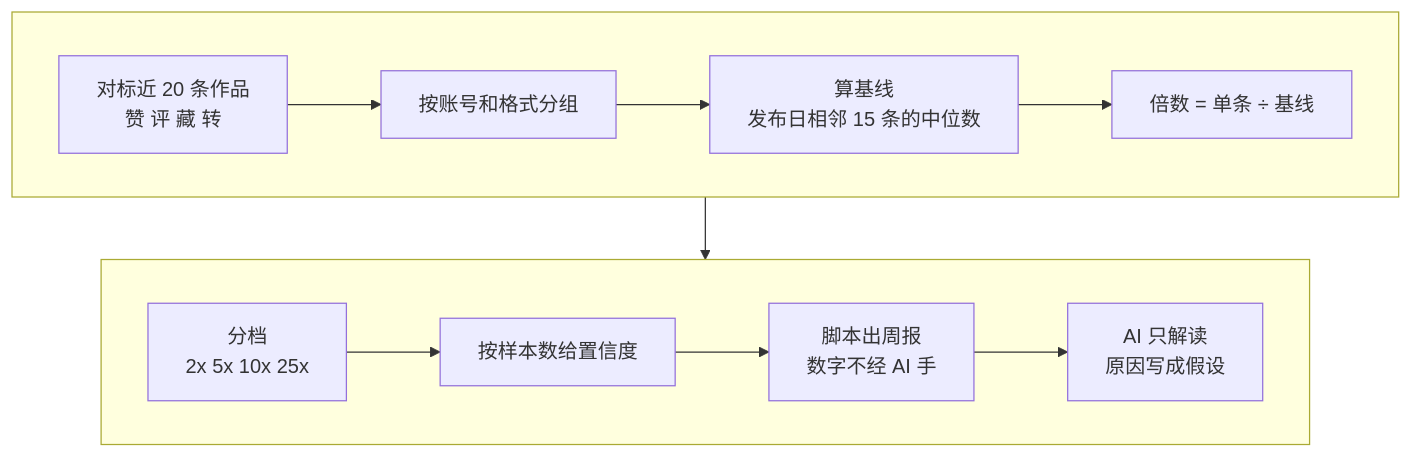
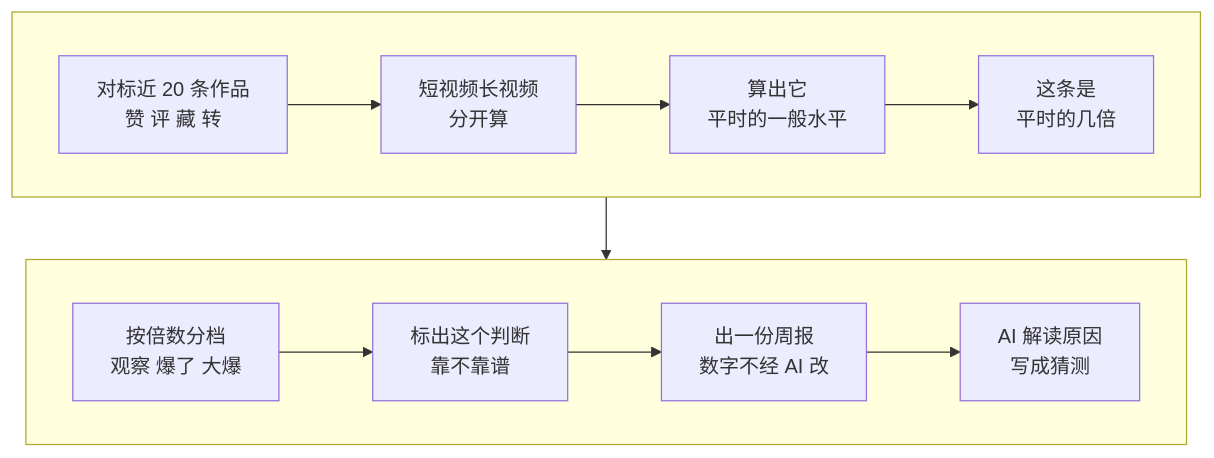
One commit to JuneYaooo/media-teach changed the diagram in 自媒体教程/课程/1-2-对标爆款雷达.md. Above: the diagram before and after it, drawn with Mermaid. The commit also changed other lines of this file and 46 other files, not shown here.

````diff
--- a/自媒体教程/课程/1-2-对标爆款雷达.md
+++ b/自媒体教程/课程/1-2-对标爆款雷达.md
@@ -17,12 +19,12 @@
 ```mermaid
 flowchart TB
   subgraph R1[" "]
     direction LR
-    A[对标近 20 条作品<br>赞 评 藏 转] --> B[按账号和格式分组] --> C[算基线<br>发布日相邻 15 条的中位数] --> D[倍数 = 单条 ÷ 基线]
+    A[对标近 20 条作品<br>赞 评 藏 转] --> B[短视频长视频<br>分开算] --> C[算出它<br>平时的一般水平] --> D[这条是<br>平时的几倍]
   end
   subgraph R2[" "]
     direction LR
-    E[分档<br>2x 5x 10x 25x] --> F[按样本数给置信度] --> G[脚本出周报<br>数字不经 AI 手] --> H[AI 只解读<br>原因写成假设]
+    E[按倍数分档<br>观察 爆了 大爆] --> F[标出这个判断<br>靠不靠谱] --> G[出一份周报<br>数字不经 AI 改] --> H[AI 解读原因<br>写成猜测]
   end
   R1 --> R2
 ```
````
